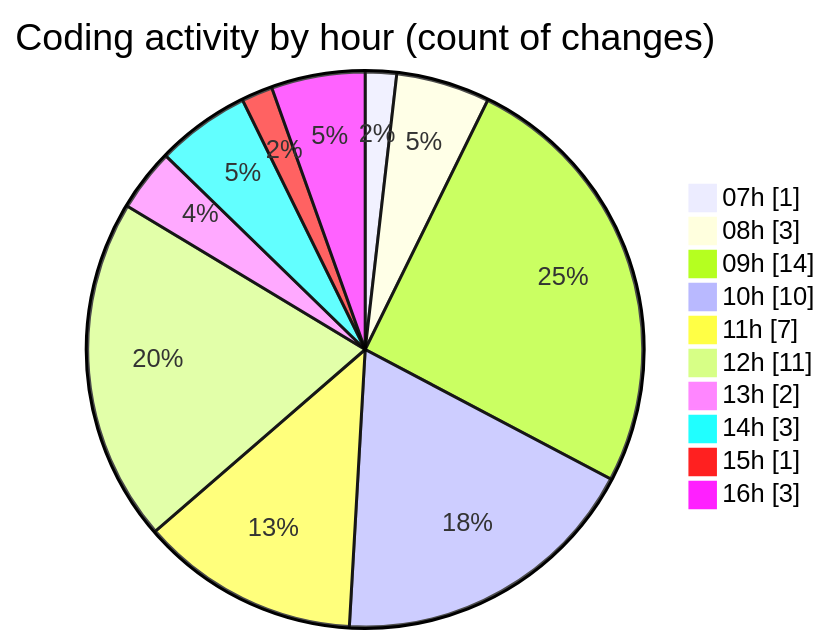
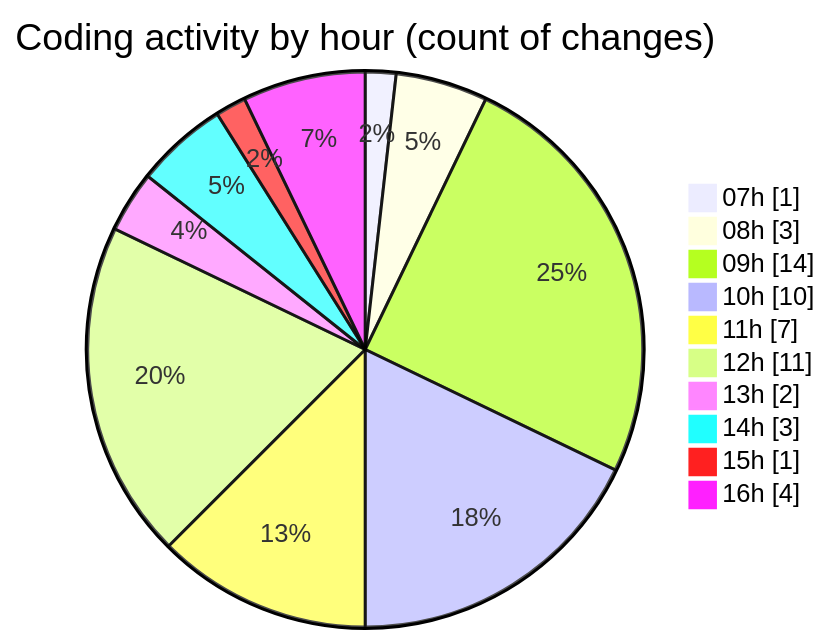
One commit to tmsrecording-cyber/code-tracking changed the second of 2 diagrams in 2026-02-02/singularitybrainai/README.md. Above: the diagram before and after it, drawn with Mermaid. The commit also changed other lines of this file and 1 other file, not shown here.

````diff
--- a/2026-02-02/singularitybrainai/README.md
+++ b/2026-02-02/singularitybrainai/README.md
@@ -41,14 +41,14 @@
 ```mermaid
 pie showData
 title Coding activity by hour (count of changes)
 "07h" : 1
 "08h" : 3
 "09h" : 14
 "10h" : 10
 "11h" : 7
 "12h" : 11
 "13h" : 2
 "14h" : 3
 "15h" : 1
-"16h" : 3
+"16h" : 4
 ```
````
